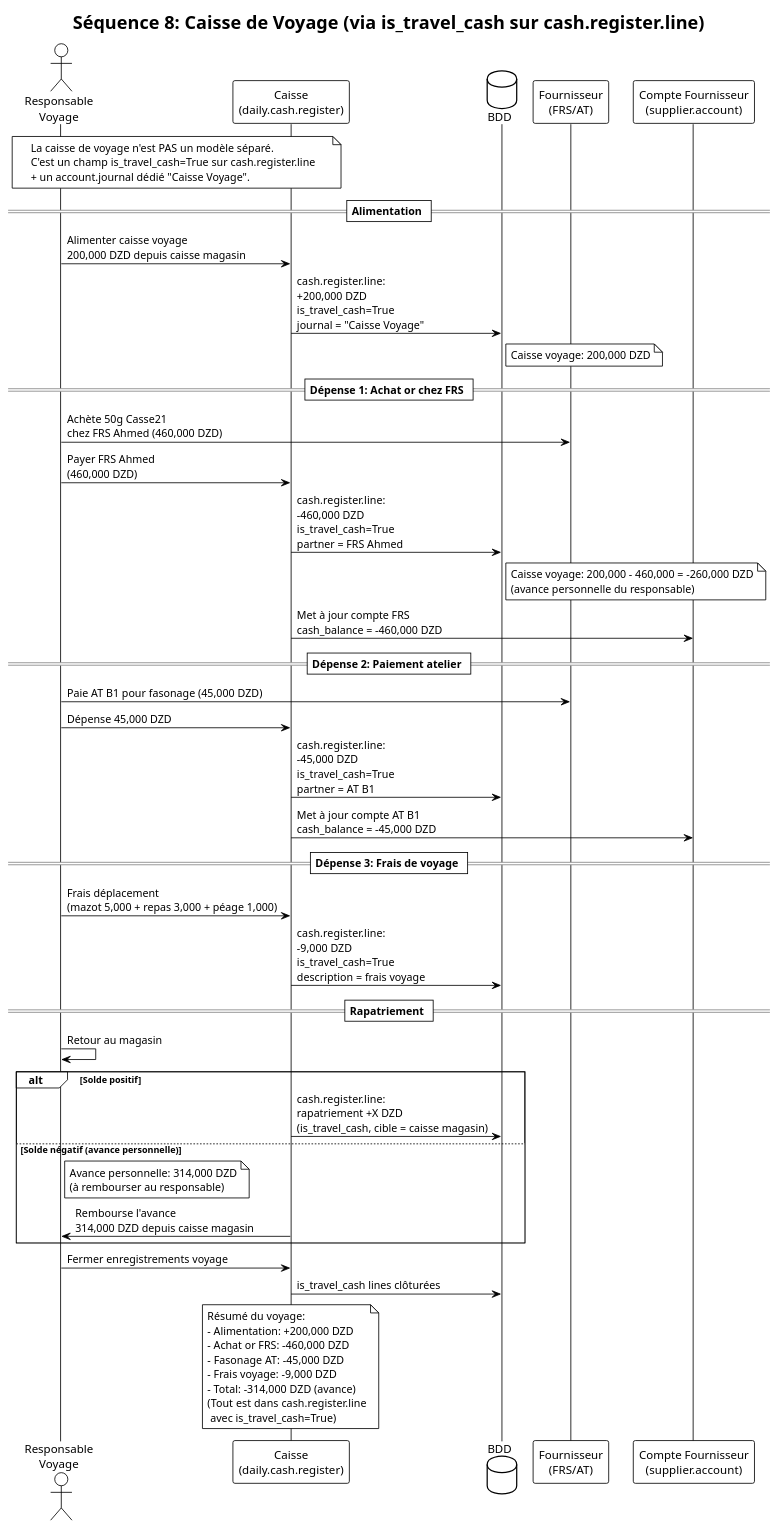
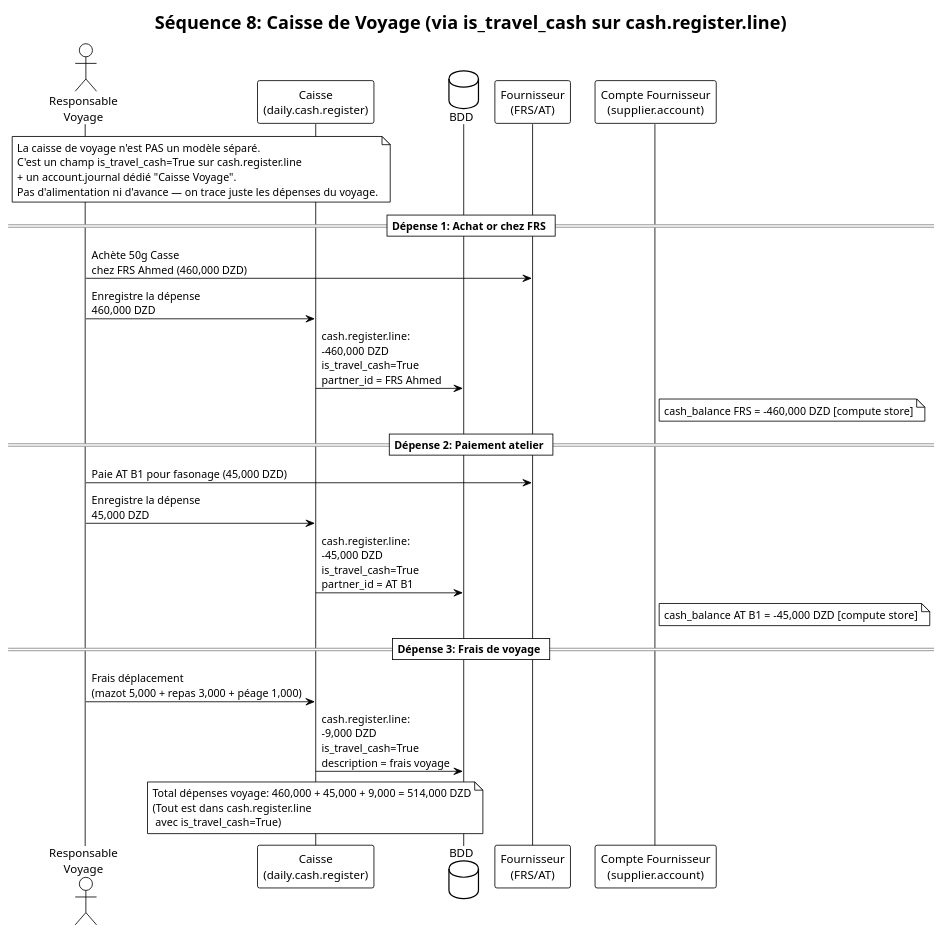
The diagram in docs/diagrams/seq_travel_cash.puml (DawdBe/odoo-jawlery), drawn with PlantUML before and after one commit. The commit also changed 19 other files, not shown here.

```diff
--- a/docs/diagrams/seq_travel_cash.puml
+++ b/docs/diagrams/seq_travel_cash.puml
@@ -1,66 +1,40 @@
 @startuml
 !theme plain
 title "Séquence 8: Caisse de Voyage (via is_travel_cash sur cash.register.line)"
 
 actor "Responsable\nVoyage" as RV
 participant "Caisse\n(daily.cash.register)" as REG
 database "BDD" as DB
 participant "Fournisseur\n(FRS/AT)" as SUP
 participant "Compte Fournisseur\n(supplier.account)" as SACC
 
 note over RV, REG
   La caisse de voyage n'est PAS un modèle séparé.
   C'est un champ is_travel_cash=True sur cash.register.line
   + un account.journal dédié "Caisse Voyage".
+  Pas d'alimentation ni d'avance — on trace juste les dépenses du voyage.
 end note
 
-== Alimentation ==
-RV -> REG: Alimenter caisse voyage\n200,000 DZD depuis caisse magasin
-REG -> DB: cash.register.line:\n+200,000 DZD\nis_travel_cash=True\njournal = "Caisse Voyage"
-note right DB: Caisse voyage: 200,000 DZD
-
 == Dépense 1: Achat or chez FRS ==
-RV -> SUP: Achète 50g Casse21\nchez FRS Ahmed (460,000 DZD)
-
-RV -> REG: Payer FRS Ahmed\n(460,000 DZD)
-REG -> DB: cash.register.line:\n-460,000 DZD\nis_travel_cash=True\npartner = FRS Ahmed
-note right DB: Caisse voyage: 200,000 - 460,000 = -260,000 DZD\n(avance personnelle du responsable)
-
-REG -> SACC: Met à jour compte FRS\ncash_balance = -460,000 DZD
+RV -> SUP: Achète 50g Casse\nchez FRS Ahmed (460,000 DZD)
+RV -> REG: Enregistre la dépense\n460,000 DZD
+REG -> DB: cash.register.line:\n-460,000 DZD\nis_travel_cash=True\npartner_id = FRS Ahmed
+note right SACC: cash_balance FRS = -460,000 DZD [compute store]
 
 == Dépense 2: Paiement atelier ==
 RV -> SUP: Paie AT B1 pour fasonage (45,000 DZD)
-RV -> REG: Dépense 45,000 DZD
-REG -> DB: cash.register.line:\n-45,000 DZD\nis_travel_cash=True\npartner = AT B1
-
-REG -> SACC: Met à jour compte AT B1\ncash_balance = -45,000 DZD
+RV -> REG: Enregistre la dépense\n45,000 DZD
+REG -> DB: cash.register.line:\n-45,000 DZD\nis_travel_cash=True\npartner_id = AT B1
+note right SACC: cash_balance AT B1 = -45,000 DZD [compute store]
 
 == Dépense 3: Frais de voyage ==
 RV -> REG: Frais déplacement\n(mazot 5,000 + repas 3,000 + péage 1,000)
 REG -> DB: cash.register.line:\n-9,000 DZD\nis_travel_cash=True\ndescription = frais voyage
 
-== Rapatriement ==
-RV -> RV: Retour au magasin
-
-alt Solde positif
-  REG -> DB: cash.register.line:\nrapatriement +X DZD\n(is_travel_cash, cible = caisse magasin)
-else Solde négatif (avance personnelle)
-  note right RV: Avance personnelle: 314,000 DZD\n(à rembourser au responsable)
-  REG -> RV: Rembourse l'avance\n314,000 DZD depuis caisse magasin
-end
-
-RV -> REG: Fermer enregistrements voyage
-REG -> DB: is_travel_cash lines clôturées
-
 note over REG
-  Résumé du voyage:
-  - Alimentation: +200,000 DZD
-  - Achat or FRS: -460,000 DZD
-  - Fasonage AT: -45,000 DZD
-  - Frais voyage: -9,000 DZD
-  - Total: -314,000 DZD (avance)
+  Total dépenses voyage: 460,000 + 45,000 + 9,000 = 514,000 DZD
   (Tout est dans cash.register.line
    avec is_travel_cash=True)
 end note
 
 @enduml
```
